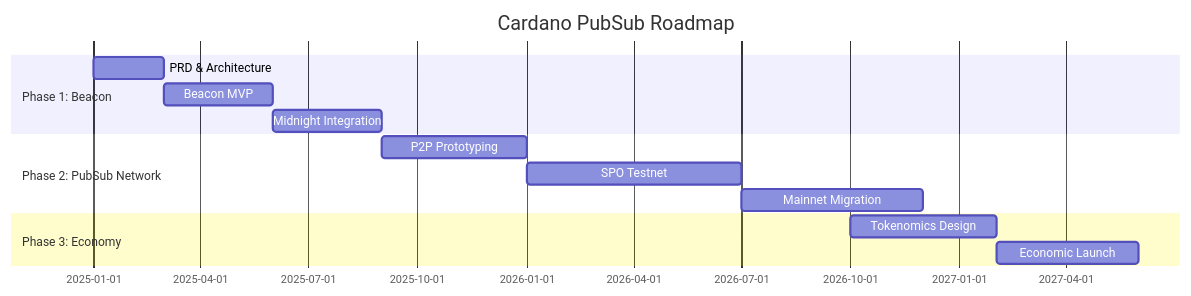
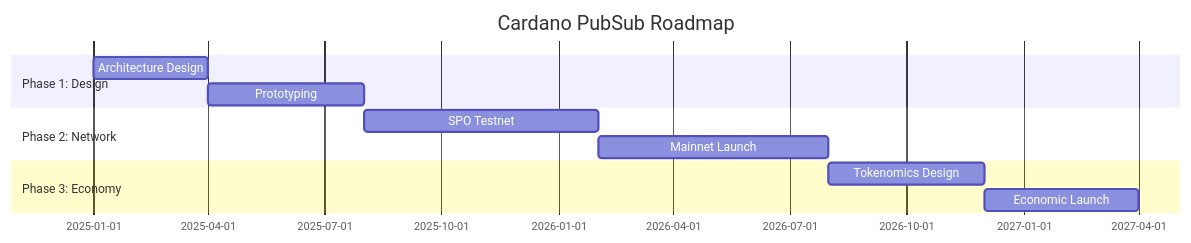
Before and after one commit to input-output-hk/pubsub: the diagram in docs/product/roadmap.md, drawn with Mermaid. The commit also changed other lines of this file and 11 other files, not shown here.

First line of the commit message:
Remove Beacon section and decouple from Midnight

````diff
--- a/docs/product/roadmap.md
+++ b/docs/product/roadmap.md
@@ -9,16 +9,14 @@
 ```mermaid
 gantt
     title Cardano PubSub Roadmap
     dateFormat YYYY-MM
-    section Phase 1: Beacon
-    PRD & Architecture       :2025-01, 2M
-    Beacon MVP              :2025-03, 3M
-    Midnight Integration    :2025-06, 3M
-    section Phase 2: PubSub Network
-    P2P Prototyping         :2025-09, 4M
-    SPO Testnet             :2026-01, 6M
-    Mainnet Migration       :2026-07, 5M
+    section Phase 1: Design
+    Architecture Design     :2025-01, 3M
+    Prototyping            :2025-04, 4M
+    section Phase 2: Network
+    SPO Testnet             :2025-08, 6M
+    Mainnet Launch          :2026-02, 6M
     section Phase 3: Economy
-    Tokenomics Design       :2026-10, 4M
-    Economic Launch         :2027-02, 4M
+    Tokenomics Design       :2026-08, 4M
+    Economic Launch         :2026-12, 4M
 ```
````
